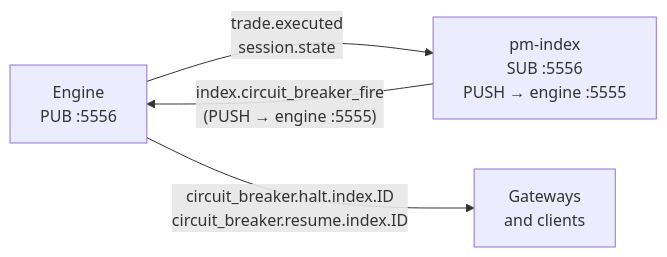
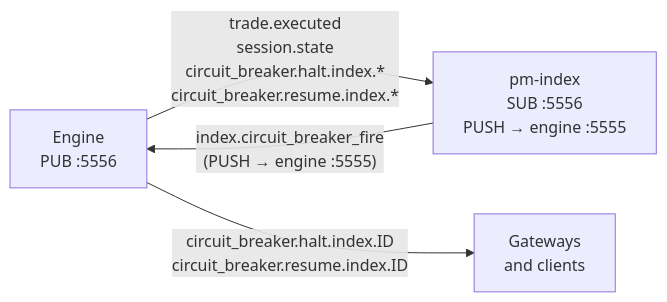
One commit to johan162/EduMatcher changed the diagram in docs-design/EduMatcher-index-cb.md. Above: the diagram before and after it, drawn with Mermaid. The commit also changed other lines of this file, not shown here.

Commit message:
Improve Index CB design

````diff
--- a/docs-design/EduMatcher-index-cb.md
+++ b/docs-design/EduMatcher-index-cb.md
@@ -275,10 +336,10 @@
 ```mermaid
 flowchart LR
     ENG["Engine\nPUB :5556"]
     IDX["pm-index\nSUB :5556\nPUSH → engine :5555"]
     GWY["Gateways\nand clients"]
 
-    ENG -->|"trade.executed\nsession.state"| IDX
+    ENG -->|"trade.executed\nsession.state\ncircuit_breaker.halt.index.*\ncircuit_breaker.resume.index.*"| IDX
     IDX -->|"index.circuit_breaker_fire\n(PUSH → engine :5555)"| ENG
     ENG -->|"circuit_breaker.halt.index.ID\ncircuit_breaker.resume.index.ID"| GWY
 ```
````
